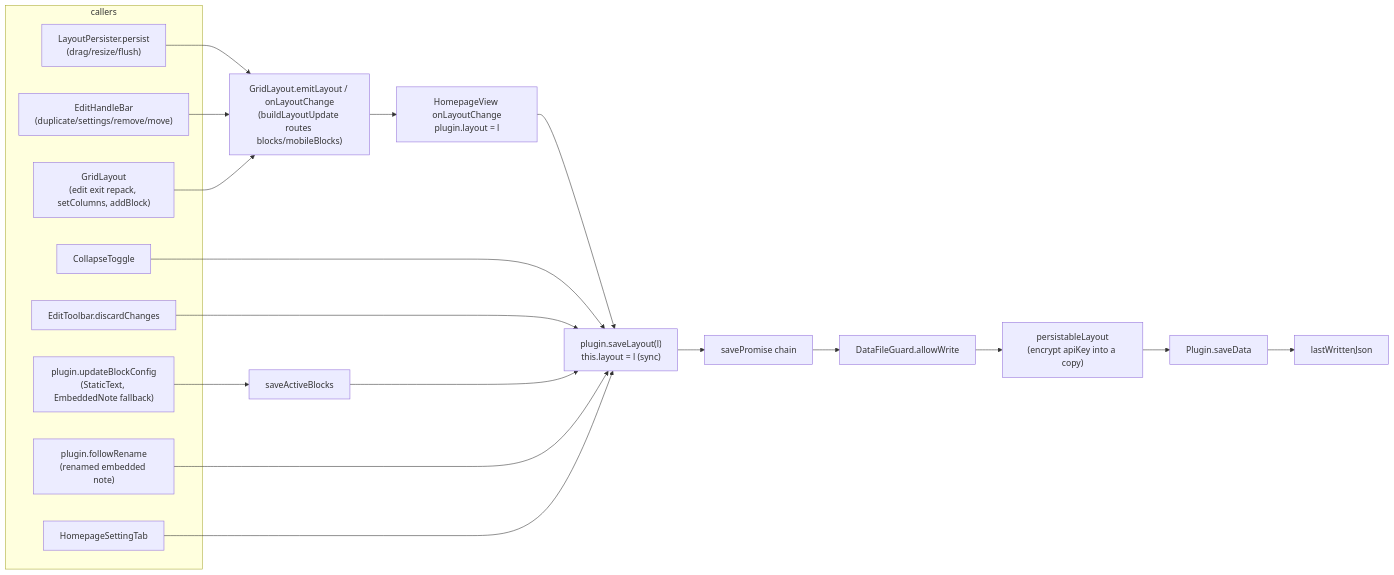
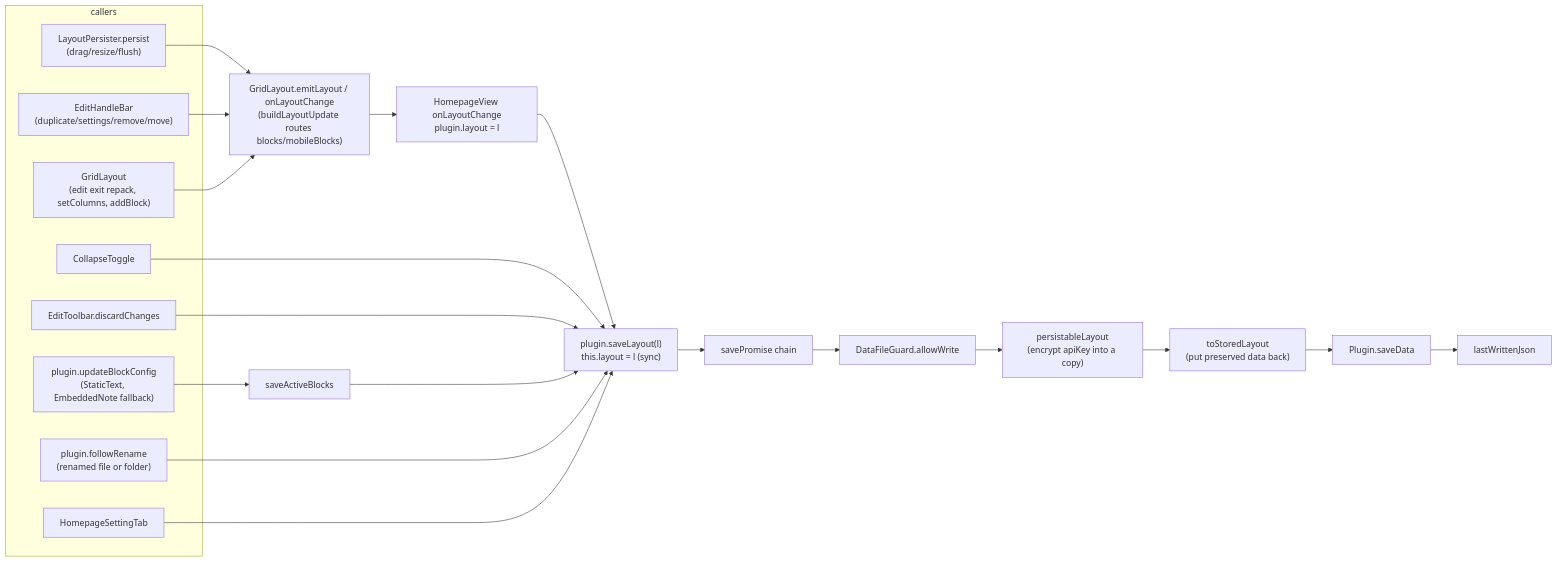
One commit to acaprino/obsidian-plugin-homepage changed the third of 3 diagrams in docs/architecture.md. Above: the diagram before and after it, drawn with Mermaid. The commit also changed other lines of this file and 11 other files, not shown here.

````diff
--- a/docs/architecture.md
+++ b/docs/architecture.md
@@ -394,24 +420,24 @@
 ```mermaid
 flowchart LR
   subgraph callers
     LP["LayoutPersister.persist<br/>(drag/resize/flush)"]
     EH["EditHandleBar<br/>(duplicate/settings/remove/move)"]
     GL["GridLayout<br/>(edit exit repack, setColumns, addBlock)"]
     CT["CollapseToggle"]
     ET["EditToolbar.discardChanges"]
     UB["plugin.updateBlockConfig<br/>(StaticText, EmbeddedNote fallback)"]
-    FR["plugin.followRename<br/>(renamed embedded note)"]
+    FR["plugin.followRename<br/>(renamed file or folder)"]
     STG["HomepageSettingTab"]
   end
   LP --> EM["GridLayout.emitLayout / onLayoutChange<br/>(buildLayoutUpdate routes blocks/mobileBlocks)"]
   EH --> EM
   GL --> EM
   EM --> HV["HomepageView onLayoutChange<br/>plugin.layout = l"]
   HV --> SL["plugin.saveLayout(l)<br/>this.layout = l (sync)"]
   CT --> SL
   ET --> SL
   UB --> SAB["saveActiveBlocks"] --> SL
   FR --> SL
   STG --> SL
-  SL --> Q["savePromise chain"] --> DG["DataFileGuard.allowWrite"] --> PL["persistableLayout<br/>(encrypt apiKey into a copy)"] --> SD["Plugin.saveData"] --> LW["lastWrittenJson"]
+  SL --> Q["savePromise chain"] --> DG["DataFileGuard.allowWrite"] --> PL["persistableLayout<br/>(encrypt apiKey into a copy)"] --> TS["toStoredLayout<br/>(put preserved data back)"] --> SD["Plugin.saveData"] --> LW["lastWrittenJson"]
 ```
````
